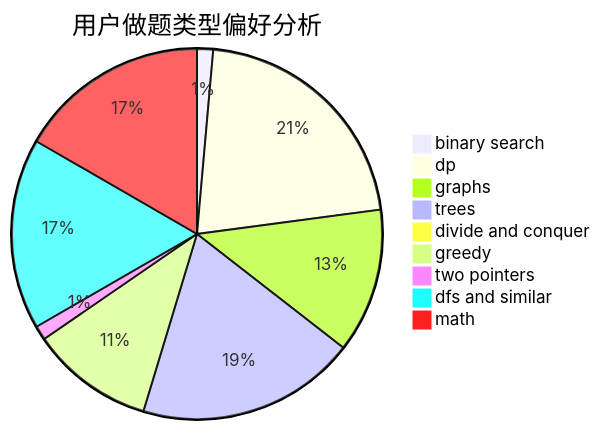
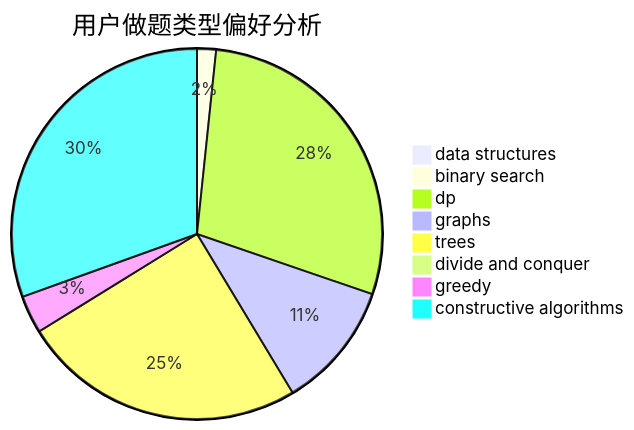
The second of 3 diagrams in docs/user/u2088.md (sherpahu/cfrs.github.io), drawn with Mermaid before and after one commit. The commit also changed other lines of this file and 2775 other files, not shown here.

````diff
--- a/docs/user/u2088.md
+++ b/docs/user/u2088.md
@@ -23,12 +23,11 @@
 ```mermaid
 pie title 用户做题类型偏好分析
-    "binary search" :  9
-    "dp" :  138
-    "graphs" :  81
-    "trees" :  123
+    "data structures" :  3
+    "binary search" :  7
+    "dp" :  121
+    "graphs" :  47
+    "trees" :  105
     "divide and conquer" :  0
-    "greedy" :  69
-    "two pointers" :  8
-    "dfs and similar" :  107
-    "math" :  107
+    "greedy" :  14
+    "constructive algorithms" :  129
 ```
````
